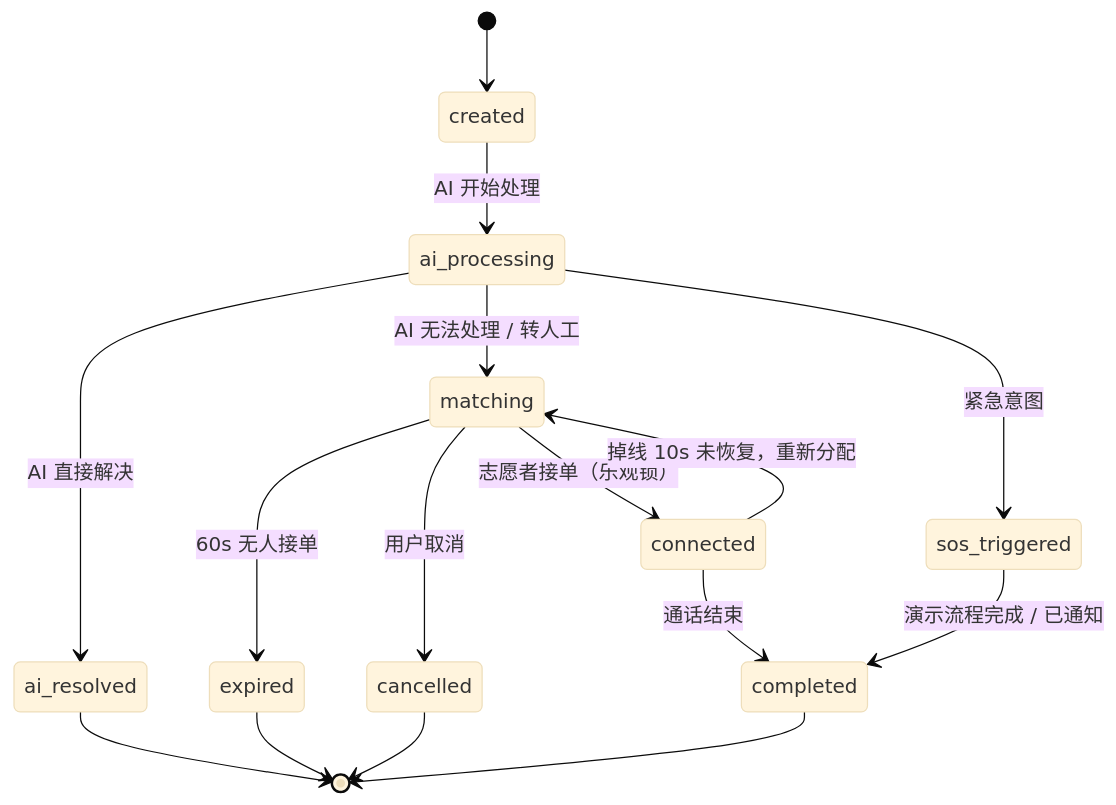
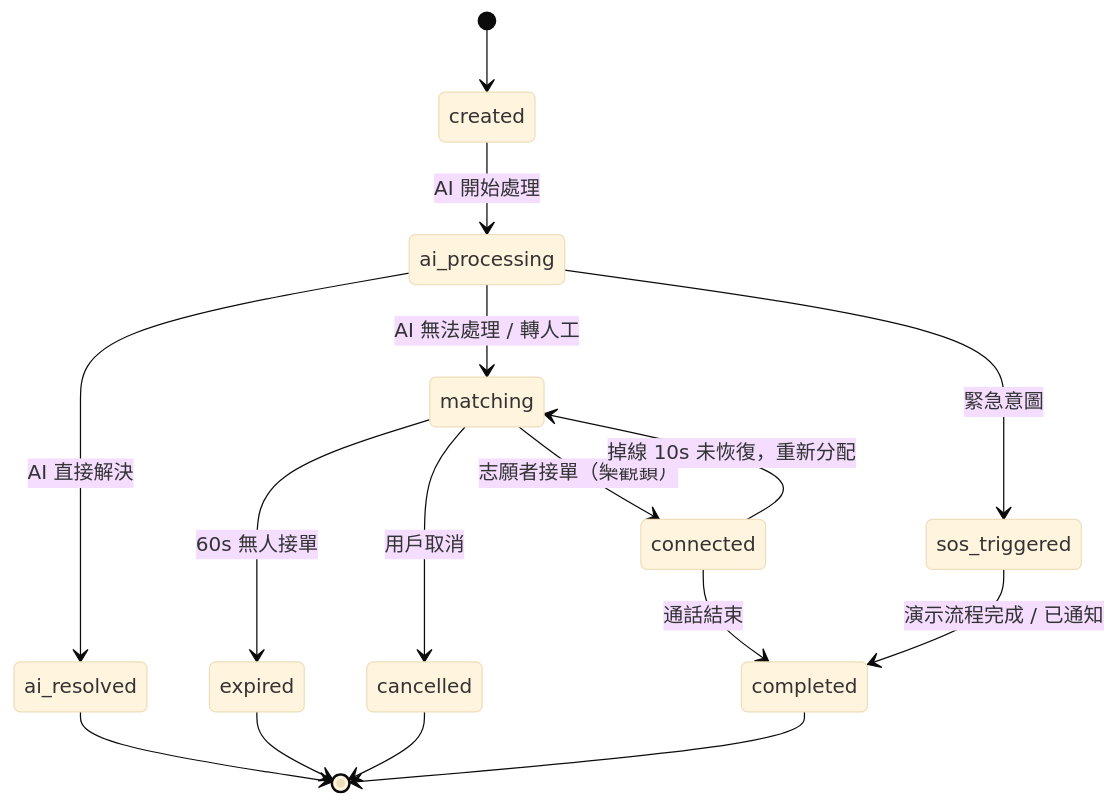
The second of 2 diagrams in LinkAble/AGENTS_LinkAble_optimized_v2026.04.md (insistgang/LinkLab), drawn with Mermaid (base theme) before and after one commit. The commit also changed other lines of this file and 522 other files, not shown here.

````diff
--- a/LinkAble/AGENTS_LinkAble_optimized_v2026.04.md
+++ b/LinkAble/AGENTS_LinkAble_optimized_v2026.04.md
@@ -240,18 +240,18 @@
 ```mermaid
 stateDiagram-v2
     [*] --> created
-    created --> ai_processing: AI 开始处理
-    ai_processing --> ai_resolved: AI 直接解决
-    ai_processing --> matching: AI 无法处理 / 转人工
-    ai_processing --> sos_triggered: 紧急意图
-    matching --> connected: 志愿者接单（乐观锁）
-    matching --> expired: 60s 无人接单
-    matching --> cancelled: 用户取消
-    connected --> completed: 通话结束
-    connected --> matching: 掉线 10s 未恢复，重新分配
+    created --> ai_processing: AI 開始處理
+    ai_processing --> ai_resolved: AI 直接解決
+    ai_processing --> matching: AI 無法處理 / 轉人工
+    ai_processing --> sos_triggered: 緊急意圖
+    matching --> connected: 志願者接單（樂觀鎖）
+    matching --> expired: 60s 無人接單
+    matching --> cancelled: 用戶取消
+    connected --> completed: 通話結束
+    connected --> matching: 掉線 10s 未恢復，重新分配
     sos_triggered --> completed: 演示流程完成 / 已通知
     ai_resolved --> [*]
     expired --> [*]
     cancelled --> [*]
     completed --> [*]
 ```
````
